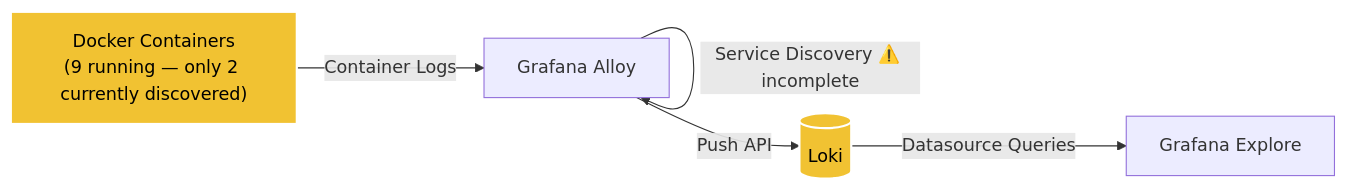
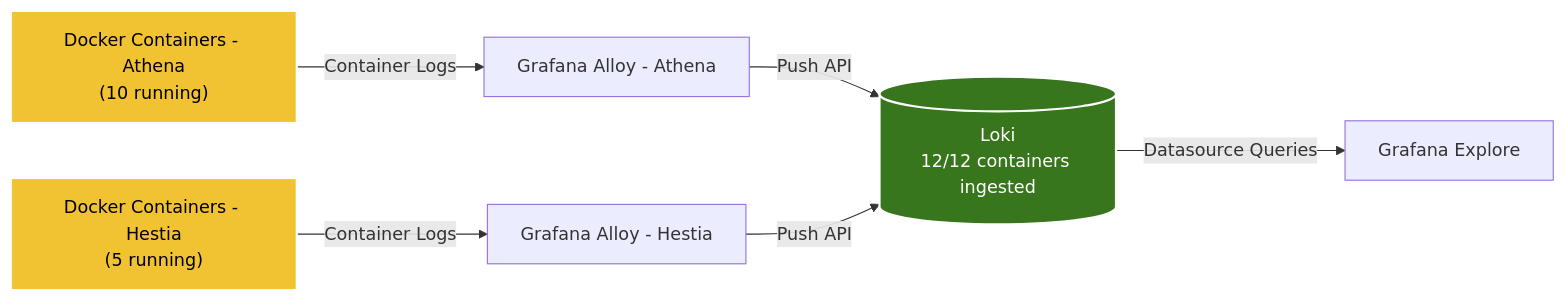
Before and after one commit to SwapnajXD/HomeLab: the diagram in architecture/logging-flow.mmd, drawn with Mermaid. The commit also changed 16 other files, not shown here.

```diff
--- a/architecture/logging-flow.mmd
+++ b/architecture/logging-flow.mmd
@@ -1,18 +1,22 @@
 graph LR
 
-    Docker["Docker Containers<br/>(9 running — only 2 currently discovered)"]
-    Alloy["Grafana Alloy"]
-    Loki[(Loki)]
+    DockerA["Docker Containers - Athena<br/>(10 running)"]
+    DockerH["Docker Containers - Hestia<br/>(5 running)"]
+    AlloyA["Grafana Alloy - Athena"]
+    AlloyH["Grafana Alloy - Hestia"]
+    Loki[(Loki<br/>12/12 containers ingested)]
     Grafana["Grafana Explore"]
 
-    Docker -->|Container Logs| Alloy
+    DockerA -->|Container Logs| AlloyA
+    DockerH -->|Container Logs| AlloyH
 
-    Alloy -->|Service Discovery ⚠️ incomplete| Alloy
-    Alloy -->|Push API| Loki
+    AlloyA -->|Push API| Loki
+    AlloyH -->|Push API| Loki
 
     Loki -->|Datasource Queries| Grafana
 
     classDef logs fill:#f1c232,color:#000000,stroke:#ffffff,stroke-width:2px;
-    classDef warn fill:#cc0000,color:#ffffff,stroke:#ffffff,stroke-width:2px;
+    classDef good fill:#38761d,color:#ffffff,stroke:#ffffff,stroke-width:2px;
 
-    class Docker,Loki logs;
+    class DockerA,DockerH logs;
+    class Loki good;
```
